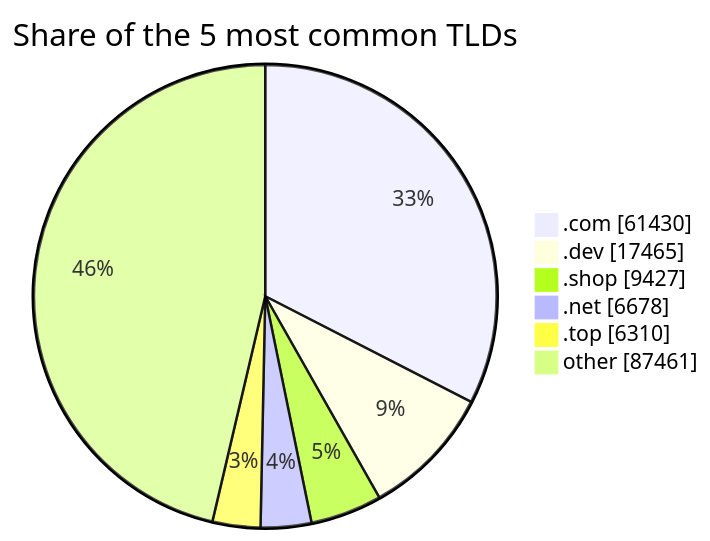
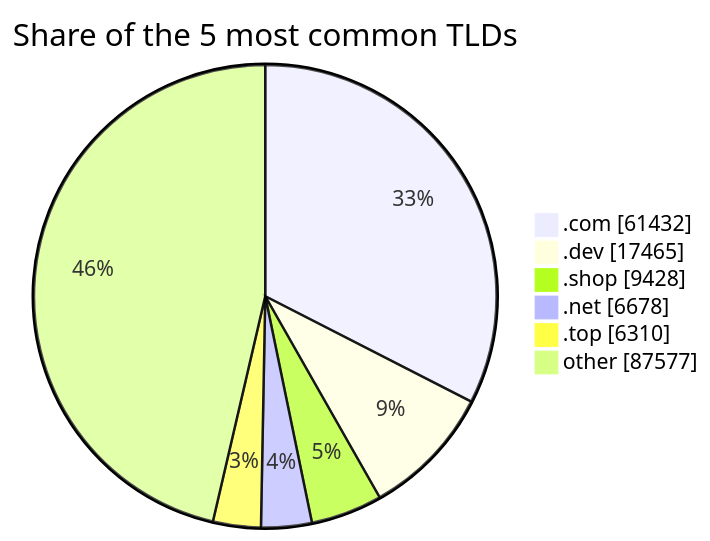
One commit to DNSBunker/CTI changed the third of 3 diagrams in README.md. Above: the diagram before and after it, drawn with Mermaid. The commit also changed other lines of this file and 3 other files, not shown here.

````diff
--- a/README.md
+++ b/README.md
@@ -81,9 +81,9 @@
 ```mermaid
 pie showData title Share of the 5 most common TLDs
-    ".com" : 61430
+    ".com" : 61432
     ".dev" : 17465
-    ".shop" : 9427
+    ".shop" : 9428
     ".net" : 6678
     ".top" : 6310
-    "other" : 87461
+    "other" : 87577
 ```
````
